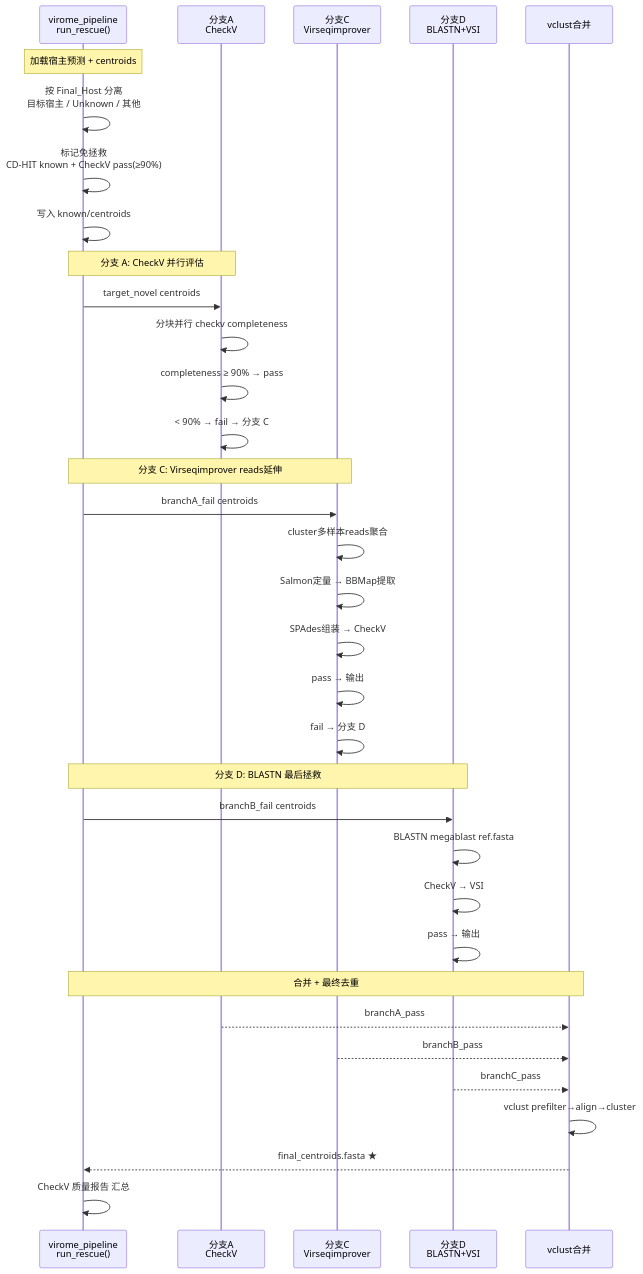
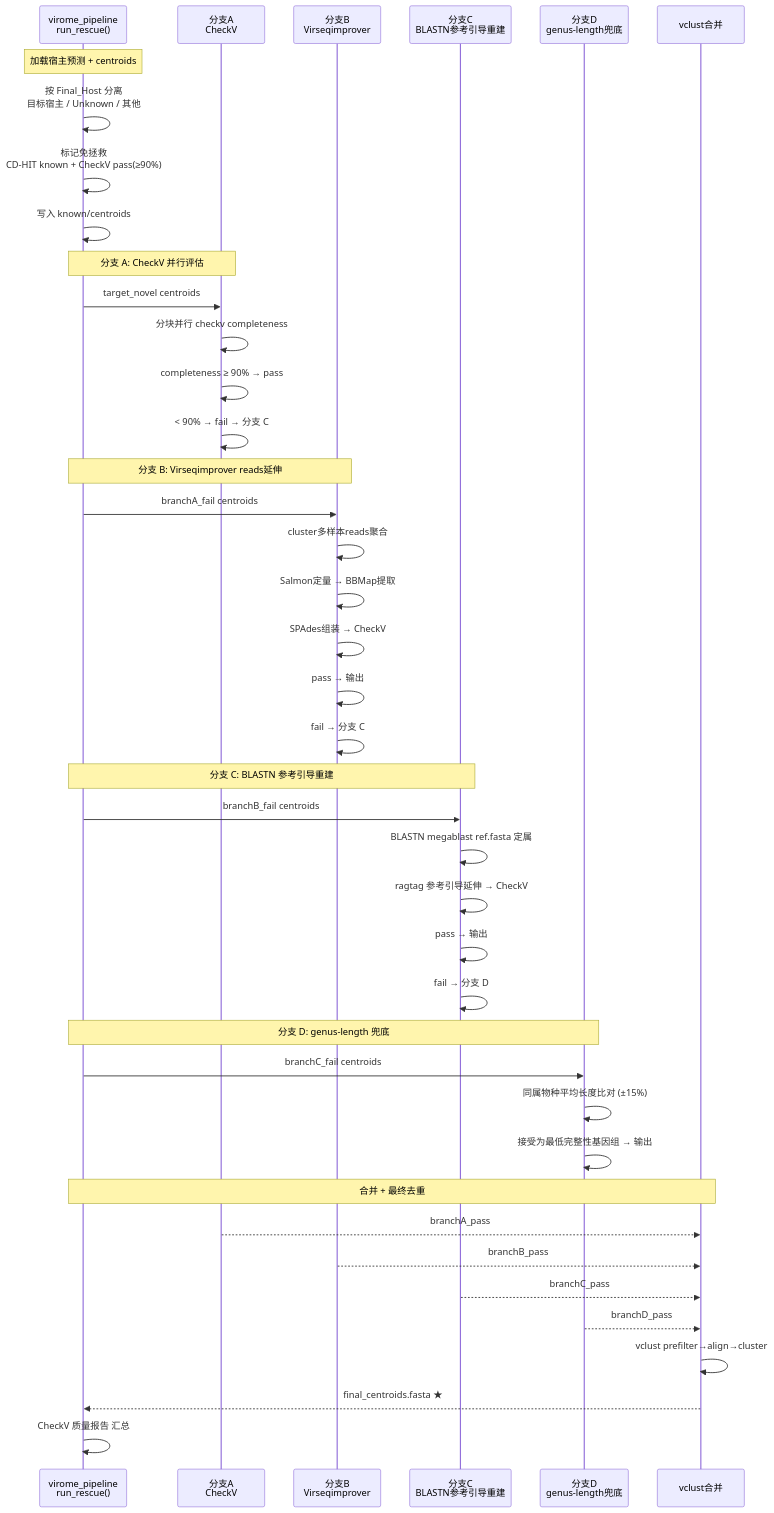
One commit to zhangwenda0518/MMPV-RNA changed diagram 14 of 14 in doc/14-pipeline-diagrams.md. Above: the diagram before and after it, drawn with Mermaid. The commit also changed other lines of this file and 1041 other files, not shown here.

````diff
--- a/doc/14-pipeline-diagrams.md
+++ b/doc/14-pipeline-diagrams.md
@@ -579,45 +589,53 @@
 ```mermaid
 sequenceDiagram
-    accTitle: Rescue 三支路执行序列
-    accDescr: 宿主过滤后依次执行分支A CheckV、分支C VSI、分支D BLASTN+VSI, 最后合并去重
+    accTitle: Rescue 四支路执行序列
+    accDescr: 宿主过滤后依次执行分支A CheckV、分支B VSI、分支C BLASTN参考引导重建、分支D genus-length兜底, 最后合并去重
 
     participant Orch as virome_pipeline<br/>run_rescue()
     participant A as 分支A<br/>CheckV
-    participant C as 分支C<br/>Virseqimprover
-    participant D as 分支D<br/>BLASTN+VSI
+    participant B as 分支B<br/>Virseqimprover
+    participant C as 分支C<br/>BLASTN参考引导重建
+    participant D as 分支D<br/>genus-length兜底
     participant Merge as vclust合并
 
     Note over Orch: 加载宿主预测 + centroids
 
     Orch->>Orch: 按 Final_Host 分离<br/>目标宿主 / Unknown / 其他
     Orch->>Orch: 标记免拯救<br/>CD-HIT known + CheckV pass(≥90%)
     Orch->>Orch: 写入 known/centroids
 
     Note over Orch,A: 分支 A: CheckV 并行评估
     Orch->>A: target_novel centroids
     A->>A: 分块并行 checkv completeness
     A->>A: completeness ≥ 90% → pass
     A->>A: < 90% → fail → 分支 C
 
-    Note over Orch,C: 分支 C: Virseqimprover reads延伸
-    Orch->>C: branchA_fail centroids
-    C->>C: cluster多样本reads聚合
-    C->>C: Salmon定量 → BBMap提取
-    C->>C: SPAdes组装 → CheckV
+    Note over Orch,B: 分支 B: Virseqimprover reads延伸
+    Orch->>B: branchA_fail centroids
+    B->>B: cluster多样本reads聚合
+    B->>B: Salmon定量 → BBMap提取
+    B->>B: SPAdes组装 → CheckV
+    B->>B: pass → 输出
+    B->>B: fail → 分支 C
+
+    Note over Orch,C: 分支 C: BLASTN 参考引导重建
+    Orch->>C: branchB_fail centroids
+    C->>C: BLASTN megablast ref.fasta 定属
+    C->>C: ragtag 参考引导延伸 → CheckV
     C->>C: pass → 输出
     C->>C: fail → 分支 D
 
-    Note over Orch,D: 分支 D: BLASTN 最后拯救
-    Orch->>D: branchB_fail centroids
-    D->>D: BLASTN megablast ref.fasta
-    D->>D: CheckV → VSI
-    D->>D: pass → 输出
+    Note over Orch,D: 分支 D: genus-length 兜底
+    Orch->>D: branchC_fail centroids
+    D->>D: 同属物种平均长度比对 (±15%)
+    D->>D: 接受为最低完整性基因组 → 输出
 
     Note over Orch,Merge: 合并 + 最终去重
     A-->>Merge: branchA_pass
-    C-->>Merge: branchB_pass
-    D-->>Merge: branchC_pass
+    B-->>Merge: branchB_pass
+    C-->>Merge: branchC_pass
+    D-->>Merge: branchD_pass
     Merge->>Merge: vclust prefilter→align→cluster
     Merge-->>Orch: final_centroids.fasta ★
     Orch->>Orch: CheckV 质量报告 汇总
 ```
````
